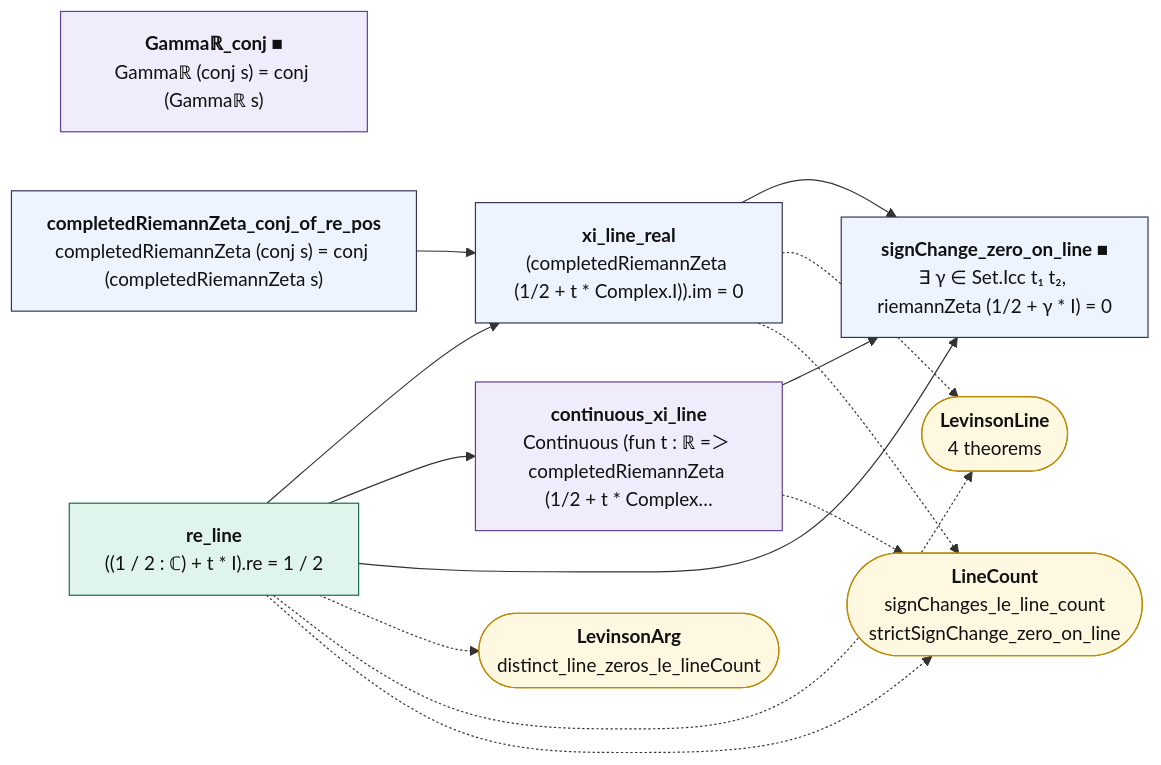
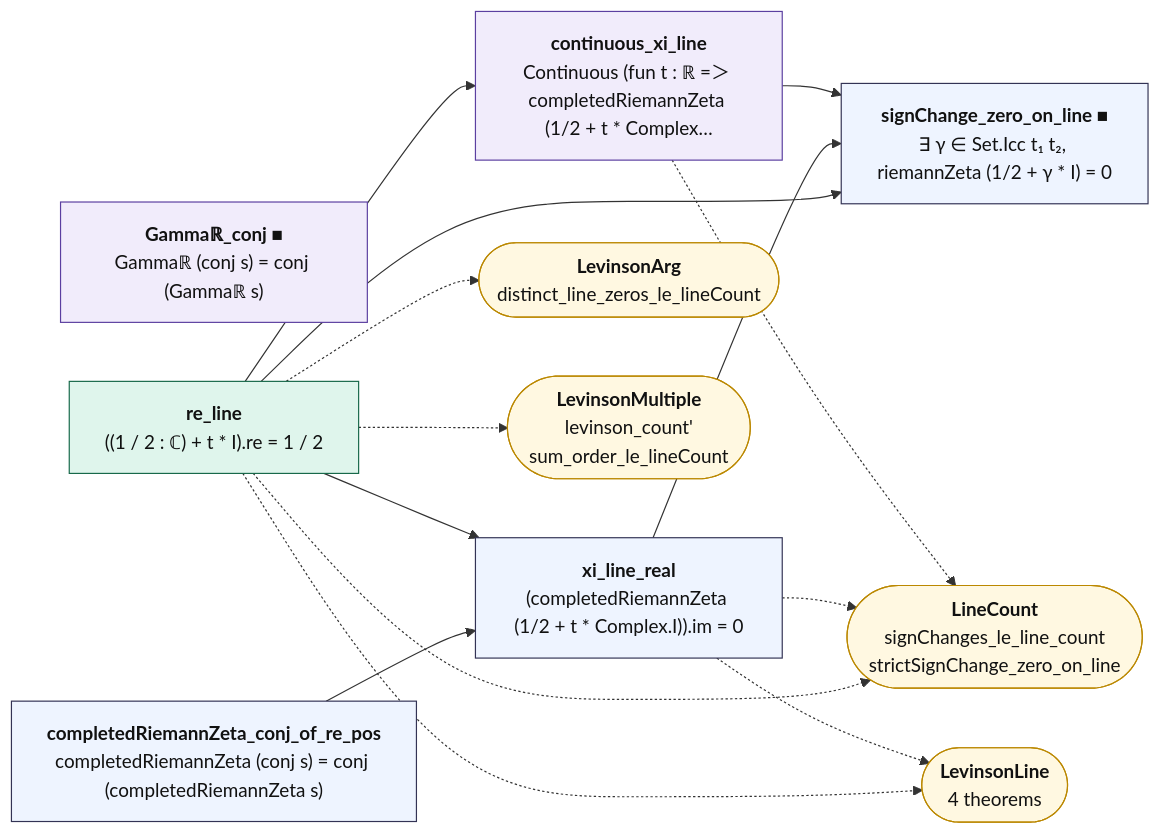
Before and after one commit to juliansambranojr/Primebeat_081426: the diagram in map/lean_stage3/HardyZ.md, drawn with Mermaid. The commit also changed other lines of this file and 39 other files, not shown here.

````diff
--- a/map/lean_stage3/HardyZ.md
+++ b/map/lean_stage3/HardyZ.md
@@ -14,32 +14,34 @@
 ```mermaid
 flowchart LR
   n0["<b>Gammaℝ_conj ■</b><br/>Gammaℝ (conj s) = conj (Gammaℝ s)"]:::shp
   n1["<b>completedRiemannZeta_conj_of_re_pos</b><br/>completedRiemannZeta (conj s) = conj (completedRiemannZeta s)"]:::thm
   n2["<b>re_line</b><br/>((1 / 2 : ℂ) + t * I).re = 1 / 2"]:::cnt
   n3["<b>xi_line_real</b><br/>(completedRiemannZeta (1/2 + t * Complex.I)).im = 0"]:::thm
   n4["<b>continuous_xi_line</b><br/>Continuous (fun t : ℝ =＞ completedRiemannZeta (1/2 + t * Complex…"]:::shp
   n5["<b>signChange_zero_on_line ■</b><br/>∃ γ ∈ Set.Icc t₁ t₂, riemannZeta (1/2 + γ * I) = 0"]:::thm
   x0(["<b>LevinsonArg</b><br/>distinct_line_zeros_le_lineCount"]):::ext
   x1(["<b>LevinsonLine</b><br/>4 theorems"]):::ext
-  x2(["<b>LineCount</b><br/>signChanges_le_line_count<br/>strictSignChange_zero_on_line"]):::ext
+  x2(["<b>LevinsonMultiple</b><br/>levinson_count'<br/>sum_order_le_lineCount"]):::ext
+  x3(["<b>LineCount</b><br/>signChanges_le_line_count<br/>strictSignChange_zero_on_line"]):::ext
   n1 --> n3
   n2 --> n3
   n2 --> n4
   n2 --> n5
   n3 --> n5
   n4 --> n5
   n2 -.-> x0
   n2 -.-> x1
   n2 -.-> x2
+  n2 -.-> x3
   n3 -.-> x1
-  n3 -.-> x2
-  n4 -.-> x2
+  n3 -.-> x3
+  n4 -.-> x3
   classDef cnt fill:#dff5ec,stroke:#17694a,color:#111
   classDef shp fill:#f1ecfb,stroke:#5b3fa0,color:#111
   classDef rh fill:#ffe5e5,stroke:#c22,color:#111,stroke-width:2px
   classDef thm fill:#eef4ff,stroke:#335,color:#111
   classDef end_ fill:#e7f7e7,stroke:#2a7,color:#111,stroke-width:2px
   classDef lone fill:#fff,stroke:#999,color:#111,stroke-dasharray:4 3
   classDef bad fill:#ffe5e5,stroke:#c22,color:#111,stroke-width:2px
   classDef ext fill:#fff8e1,stroke:#b80,color:#111
 ```
````
